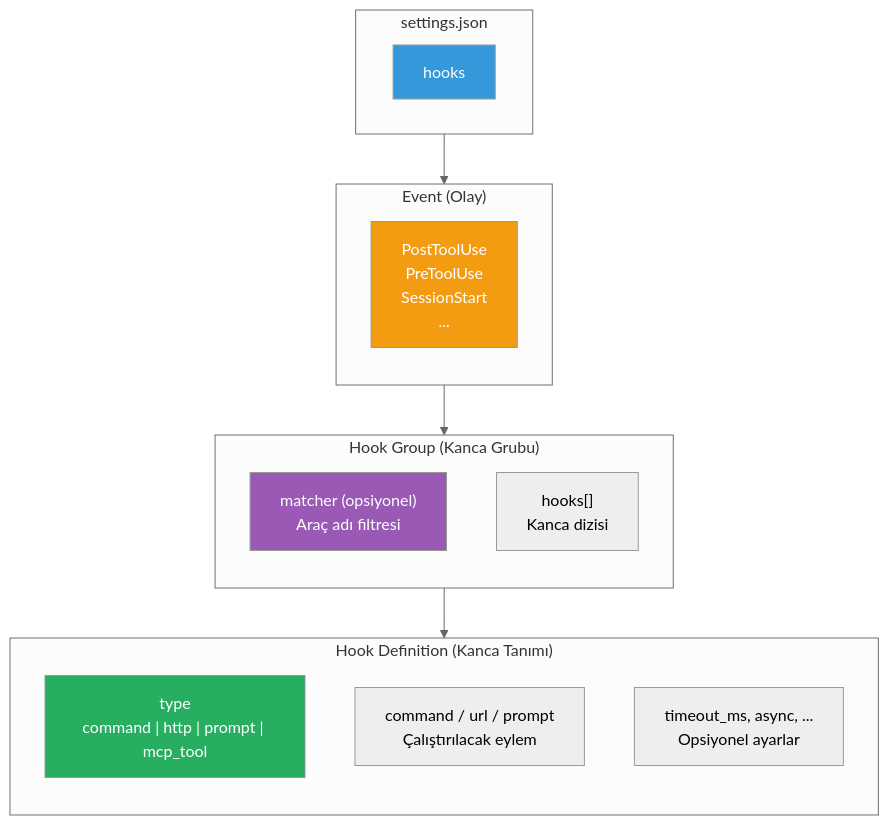
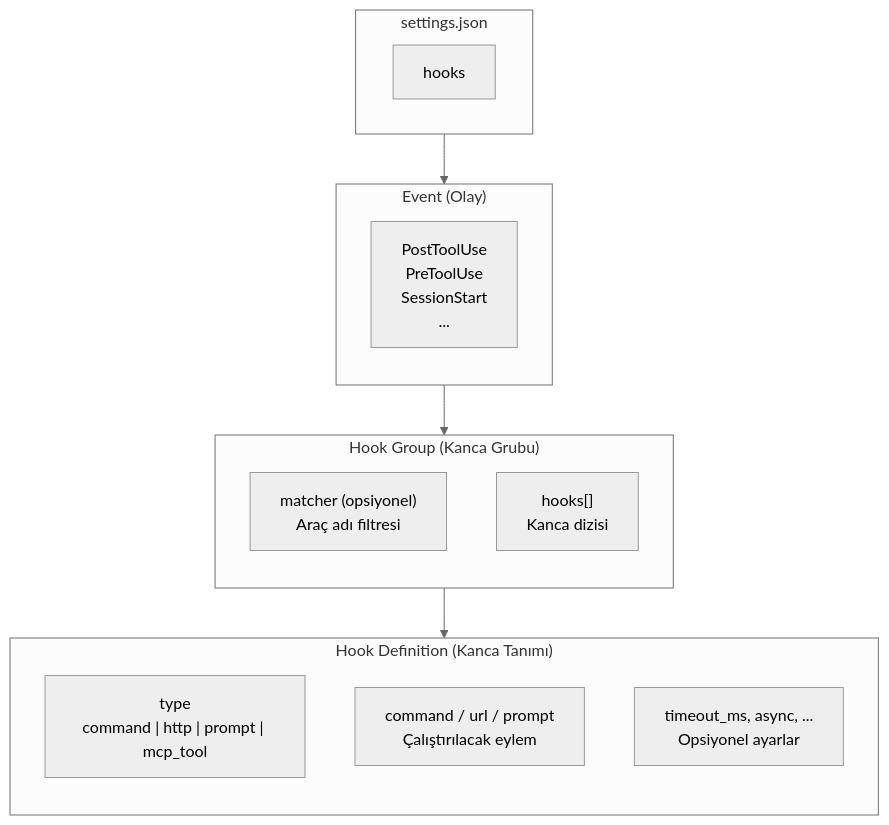
Before and after one commit to IzzetYasinAtes/ClaudeCodeHandbook: the first of 4 diagrams in 14-hooks-ve-otomasyon/04-hook-konfigurasyonu.md, drawn with Mermaid (neutral theme). The commit also changed other lines of this file and 97 other files, not shown here.

Commit message:
Remove all custom Mermaid style/fill colors from 98 markdown files for consistent dark theme rendering

````diff
--- a/14-hooks-ve-otomasyon/04-hook-konfigurasyonu.md
+++ b/14-hooks-ve-otomasyon/04-hook-konfigurasyonu.md
@@ -20,31 +20,27 @@
 ```mermaid
 flowchart TD
     subgraph root ["settings.json"]
         HOOKS["hooks"]
     end
 
     subgraph events ["Event (Olay)"]
         direction TB
         EVT["PostToolUse<br/>PreToolUse<br/>SessionStart<br/>..."]
     end
 
     subgraph hookGroup ["Hook Group (Kanca Grubu)"]
         direction TB
         MATCHER["matcher (opsiyonel)<br/>Araç adı filtresi"]
         HOOKS_ARR["hooks[]<br/>Kanca dizisi"]
     end
 
     subgraph hookDef ["Hook Definition (Kanca Tanımı)"]
         direction TB
         TYPE["type<br/>command | http | prompt | mcp_tool"]
         CMD["command / url / prompt<br/>Çalıştırılacak eylem"]
         OPTS["timeout_ms, async, ...<br/>Opsiyonel ayarlar"]
     end
 
     root --> events --> hookGroup --> hookDef
 
-    style HOOKS fill:#3498DB,color:#fff
-    style EVT fill:#F39C12,color:#fff
-    style MATCHER fill:#9B59B6,color:#fff
-    style TYPE fill:#27AE60,color:#fff
 ```
````
